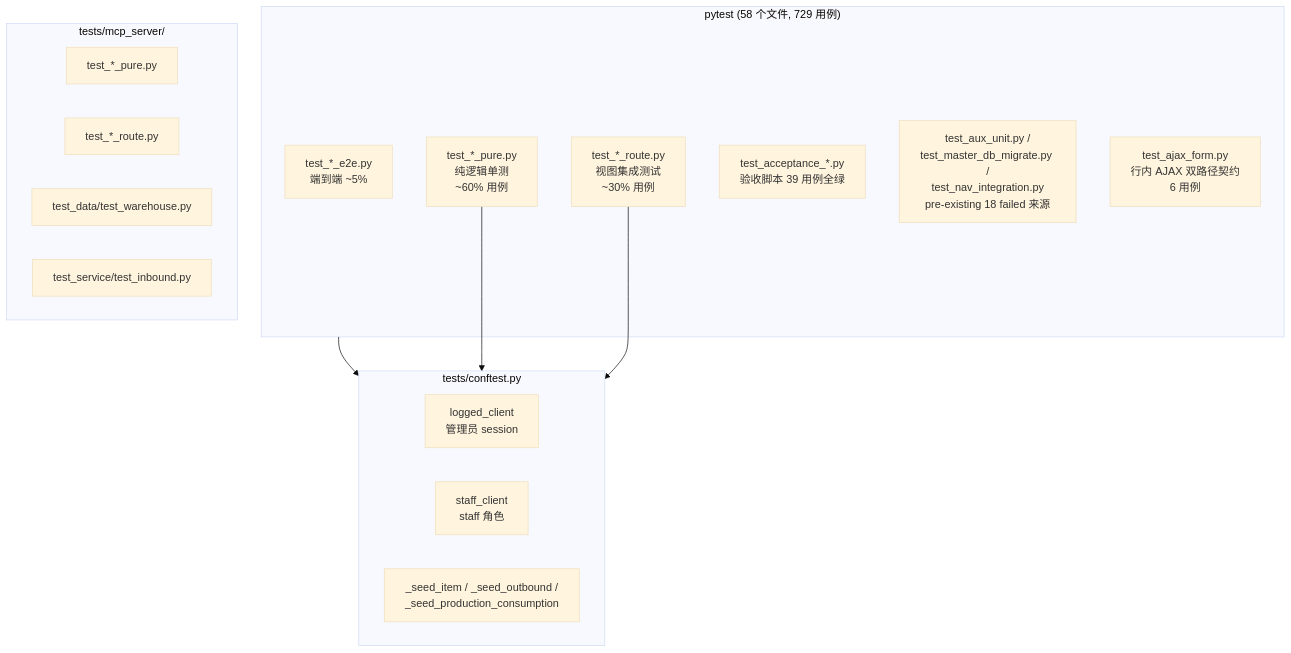
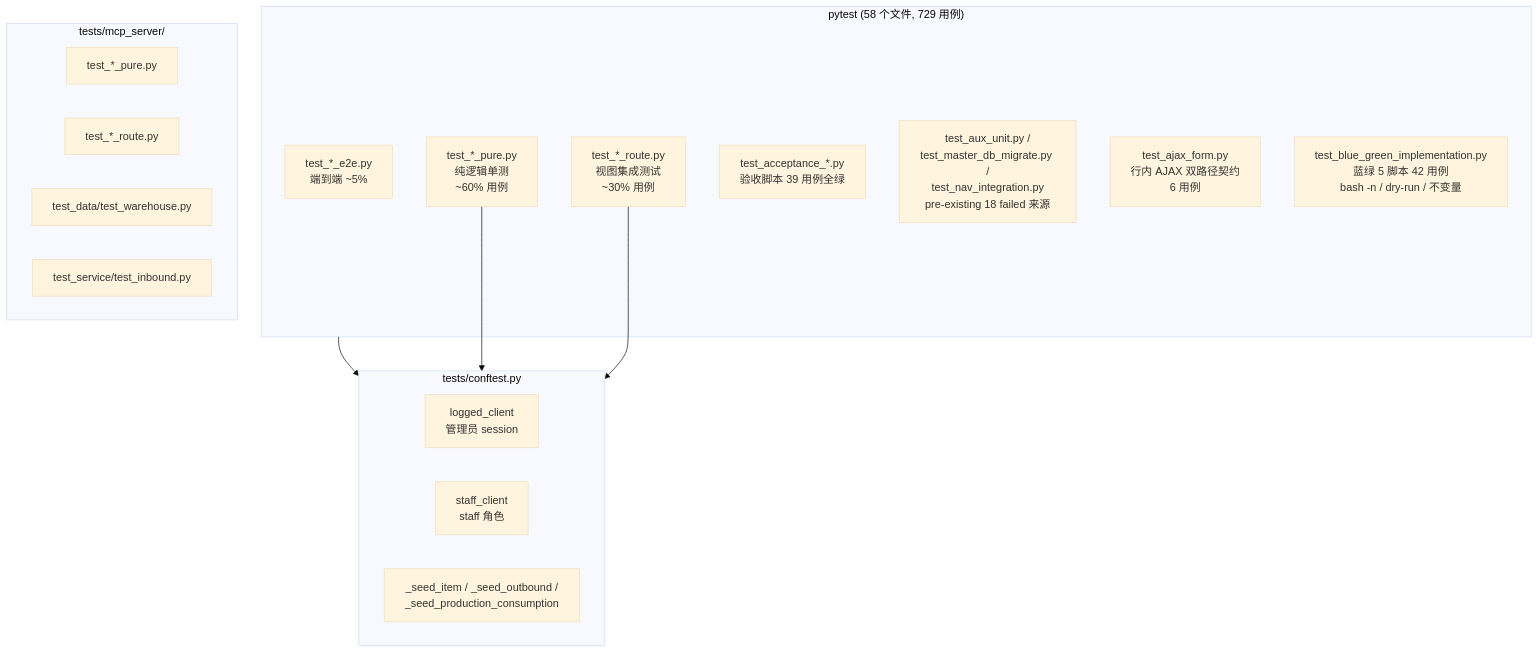
One commit to ericmr1981/DailyCheck changed diagram 17 of 17 in docs/ARCHITECTURE.md. Above: the diagram before and after it, drawn with Mermaid (base theme). The commit also changed other lines of this file and 3 other files, not shown here.

First line of the commit message:
fix(blue-green): switch.sh backup 路径出 sites-enabled + verify.sh fail-path trap — Issue #24

````diff
--- a/docs/ARCHITECTURE.md
+++ b/docs/ARCHITECTURE.md
@@ -796,28 +806,29 @@
 ```mermaid
 flowchart TB
     subgraph Pytest["pytest (58 个文件, 729 用例)"]
         Pure["test_*_pure.py<br/>纯逻辑单测<br/>~60% 用例"]
         Route["test_*_route.py<br/>视图集成测试<br/>~30% 用例"]
         E2E["test_*_e2e.py<br/>端到端 ~5%"]
         Acceptance["test_acceptance_*.py<br/>验收脚本 39 用例全绿"]
         Aux["test_aux_unit.py /<br/>test_master_db_migrate.py /<br/>test_nav_integration.py<br/>pre-existing 18 failed 来源"]
         Ajax["test_ajax_form.py<br/>行内 AJAX 双路径契约<br/>6 用例"]
+        BlueGreen["test_blue_green_implementation.py<br/>蓝绿 5 脚本 42 用例<br/>bash -n / dry-run / 不变量"]
     end
 
     subgraph Conftest["tests/conftest.py"]
         LoggedClient["logged_client<br/>管理员 session"]
         StaffClient["staff_client<br/>staff 角色"]
         SeedHelpers["_seed_item / _seed_outbound /<br/>_seed_production_consumption"]
     end
 
     subgraph MCPTest["tests/mcp_server/"]
         MCPPure["test_*_pure.py"]
         MCPRoute["test_*_route.py"]
         MCPData["test_data/test_warehouse.py"]
         MCPService["test_service/test_inbound.py"]
     end
 
     Pytest --> Conftest
     Pure --> Conftest
     Route --> Conftest
 ```
````
